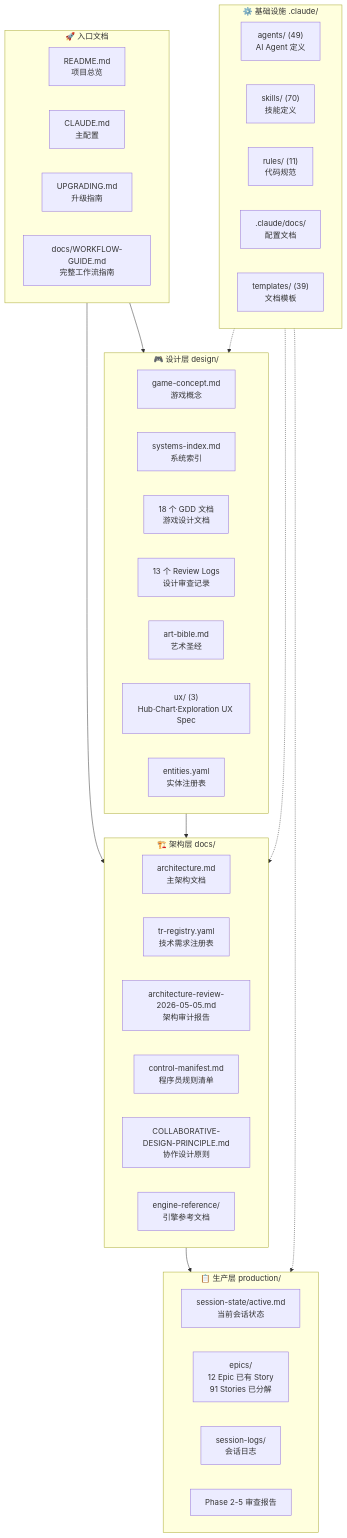
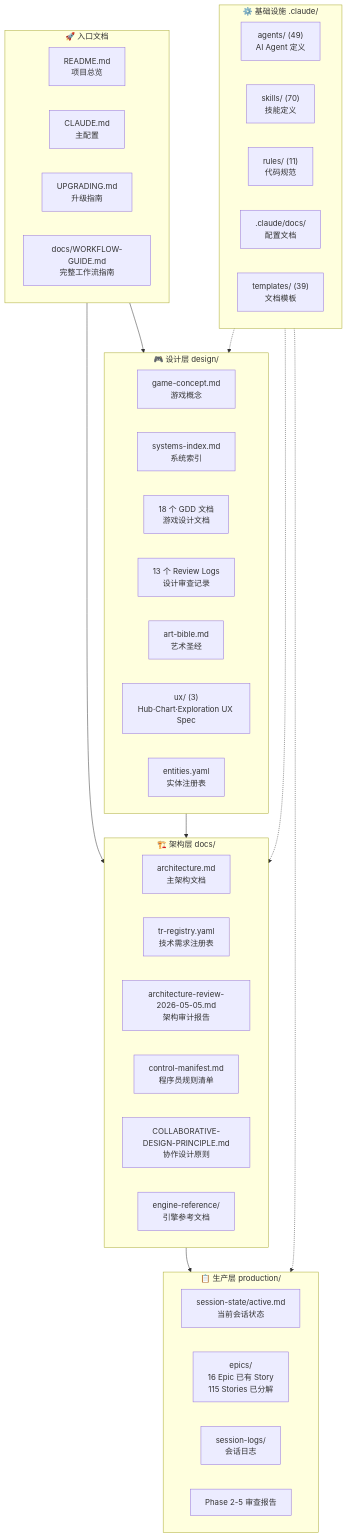
Before and after one commit to lieinsay/Claude-Code-Game-Studios: the first of 9 diagrams in docs/document-index.md, drawn with Mermaid. The commit also changed other lines of this file and 34 other files, not shown here.

First line of the commit message:
完成 Feature + Presentation 层 — ADR-0013/14/15, 4 Epics (24 Stories), 更新全部索引

````diff
--- a/docs/document-index.md
+++ b/docs/document-index.md
@@ -14,51 +14,51 @@
 ```mermaid
 graph TB
     subgraph 入口["🚀 入口文档"]
         README["README.md<br/>项目总览"]
         CLAUDE["CLAUDE.md<br/>主配置"]
         UPGRADING["UPGRADING.md<br/>升级指南"]
         WORKFLOW["docs/WORKFLOW-GUIDE.md<br/>完整工作流指南"]
     end
 
     subgraph 设计["🎮 设计层 design/"]
         CONCEPT["game-concept.md<br/>游戏概念"]
         SYSIDX["systems-index.md<br/>系统索引"]
         GDD["18 个 GDD 文档<br/>游戏设计文档"]
         REVIEWS["13 个 Review Logs<br/>设计审查记录"]
         ART["art-bible.md<br/>艺术圣经"]
         UX["ux/ (3)<br/>Hub·Chart·Exploration UX Spec"]
         REGISTRY["entities.yaml<br/>实体注册表"]
     end
 
     subgraph 架构["🏗️ 架构层 docs/"]
         ARCH["architecture.md<br/>主架构文档"]
         TR["tr-registry.yaml<br/>技术需求注册表"]
         ADRREV["architecture-review-2026-05-05.md<br/>架构审计报告"]
         CM["control-manifest.md<br/>程序员规则清单"]
         COLLAB["COLLABORATIVE-DESIGN-PRINCIPLE.md<br/>协作设计原则"]
         ENGINE["engine-reference/<br/>引擎参考文档"]
     end
 
     subgraph 生产["📋 生产层 production/"]
         ACTIVE["session-state/active.md<br/>当前会话状态"]
-        EPICS["epics/<br/>12 Epic 已有 Story<br/>91 Stories 已分解"]
+        EPICS["epics/<br/>16 Epic 已有 Story<br/>115 Stories 已分解"]
         LOGS["session-logs/<br/>会话日志"]
         PHASES["Phase 2-5 审查报告"]
     end
 
     subgraph 基础设施["⚙️ 基础设施 .claude/"]
         AGENTS["agents/ (49)<br/>AI Agent 定义"]
         SKILLS["skills/ (70)<br/>技能定义"]
         RULES["rules/ (11)<br/>代码规范"]
         DOCS[".claude/docs/<br/>配置文档"]
         TEMPLATES["templates/ (39)<br/>文档模板"]
     end
 
     入口 --> 设计
     入口 --> 架构
     设计 --> 架构
     架构 --> 生产
     基础设施 -.-> 设计
     基础设施 -.-> 架构
     基础设施 -.-> 生产
 ```
````
